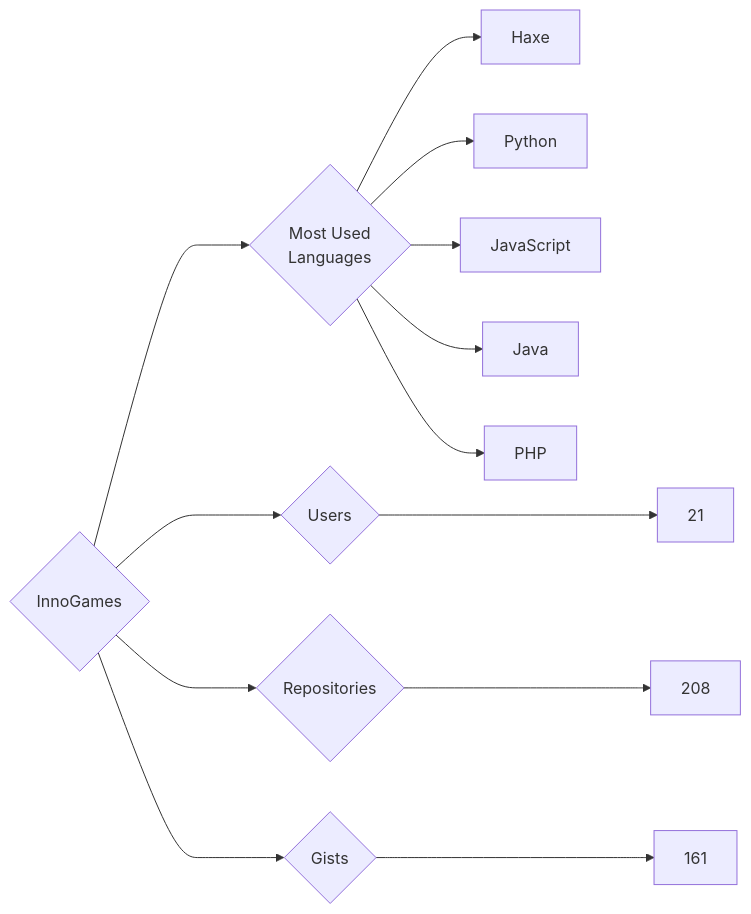
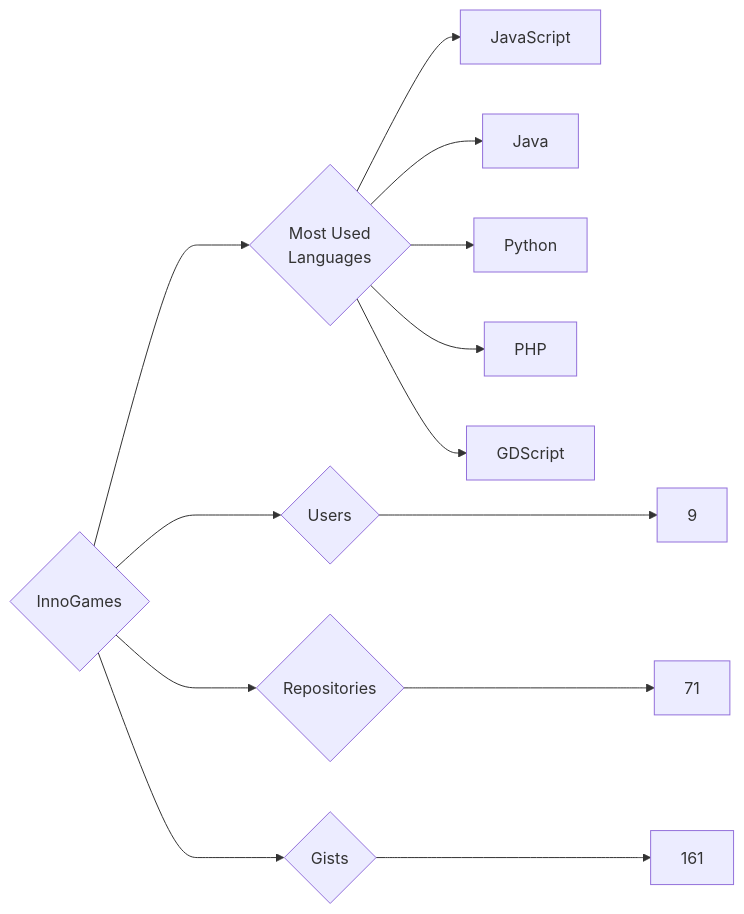
One commit to trickest/insiders changed the diagram in targets/InnoGames/README.md. Above: the diagram before and after it, drawn with Mermaid. The commit also changed 899 other files, not shown here.

````diff
--- a/targets/InnoGames/README.md
+++ b/targets/InnoGames/README.md
@@ -3,13 +3,13 @@
 ```mermaid
 graph LR
 COMPANY_NAME{InnoGames}
-COMPANY_NAME ---> U{Users} ---> UN[21]
-COMPANY_NAME ---> R{Repositories} ---> RN[208]
+COMPANY_NAME ---> U{Users} ---> UN[9]
+COMPANY_NAME ---> R{Repositories} ---> RN[71]
 COMPANY_NAME ---> G{Gists} ---> GN[161]
 COMPANY_NAME ---> ML{Most Used<br>Languages}
-ML --> Haxe[Haxe]
-ML --> Python[Python]
 ML --> JavaScript[JavaScript]
 ML --> Java[Java]
+ML --> Python[Python]
 ML --> PHP[PHP]
+ML --> GDScript[GDScript]
 ```
````
